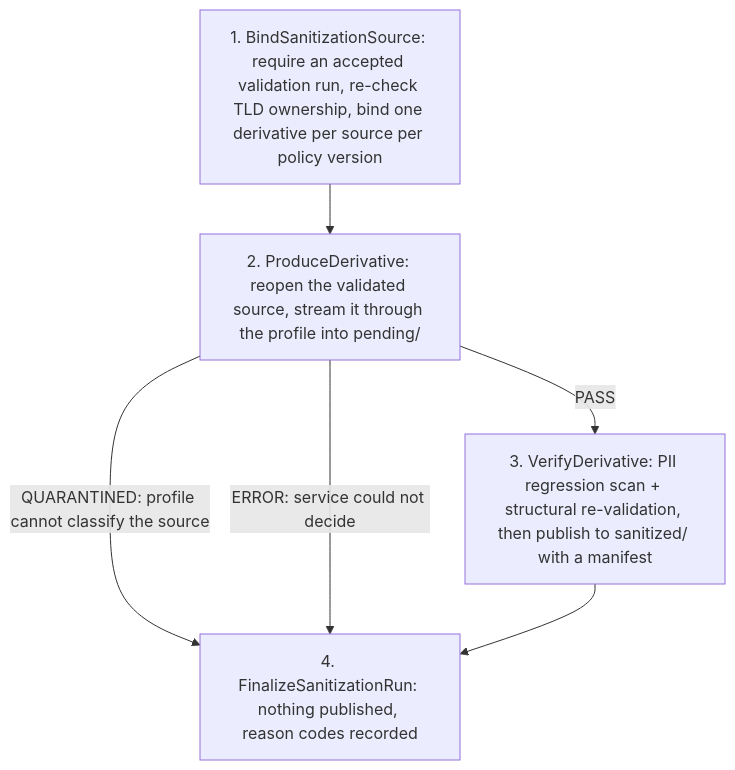
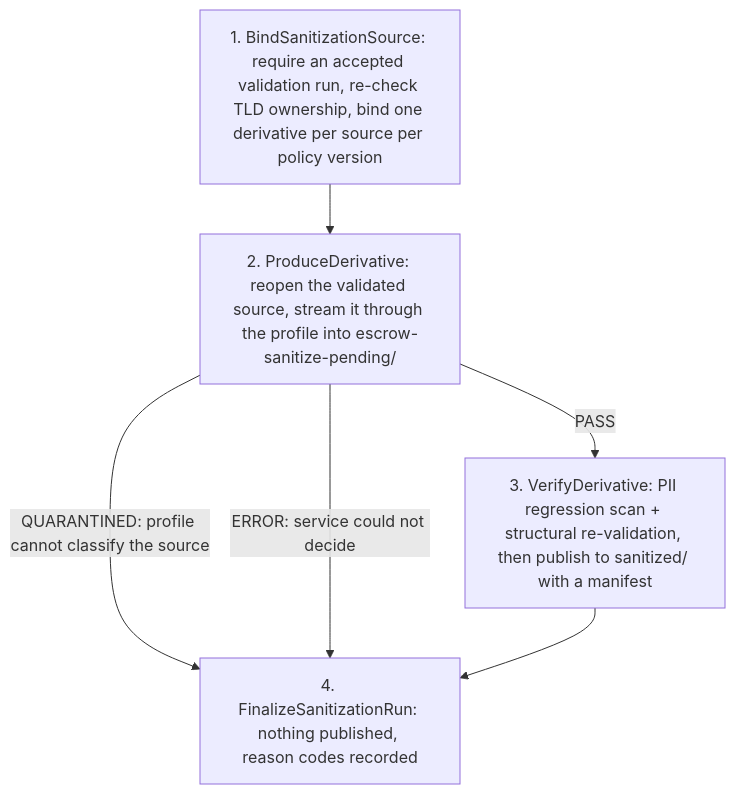
One commit to onasunnymorning/domain-os changed the diagram in internal/application/workflows/escrowSanitize.doc.md. Above: the diagram before and after it, drawn with Mermaid. The commit also changed other lines of this file and 3 other files, not shown here.

````diff
--- a/internal/application/workflows/escrowSanitize.doc.md
+++ b/internal/application/workflows/escrowSanitize.doc.md
@@ -23,8 +23,8 @@
 ```mermaid
 graph TD
-    A["1. BindSanitizationSource: require an accepted validation run, re-check TLD ownership, bind one derivative per source per policy version"] --> B["2. ProduceDerivative: reopen the validated source, stream it through the profile into pending/"]
+    A["1. BindSanitizationSource: require an accepted validation run, re-check TLD ownership, bind one derivative per source per policy version"] --> B["2. ProduceDerivative: reopen the validated source, stream it through the profile into escrow-sanitize-pending/"]
     B -->|PASS| C["3. VerifyDerivative: PII regression scan + structural re-validation, then publish to sanitized/ with a manifest"]
     B -->|QUARANTINED: profile cannot classify the source| D["4. FinalizeSanitizationRun: nothing published, reason codes recorded"]
     B -->|ERROR: service could not decide| D
     C --> D
 ```
````
